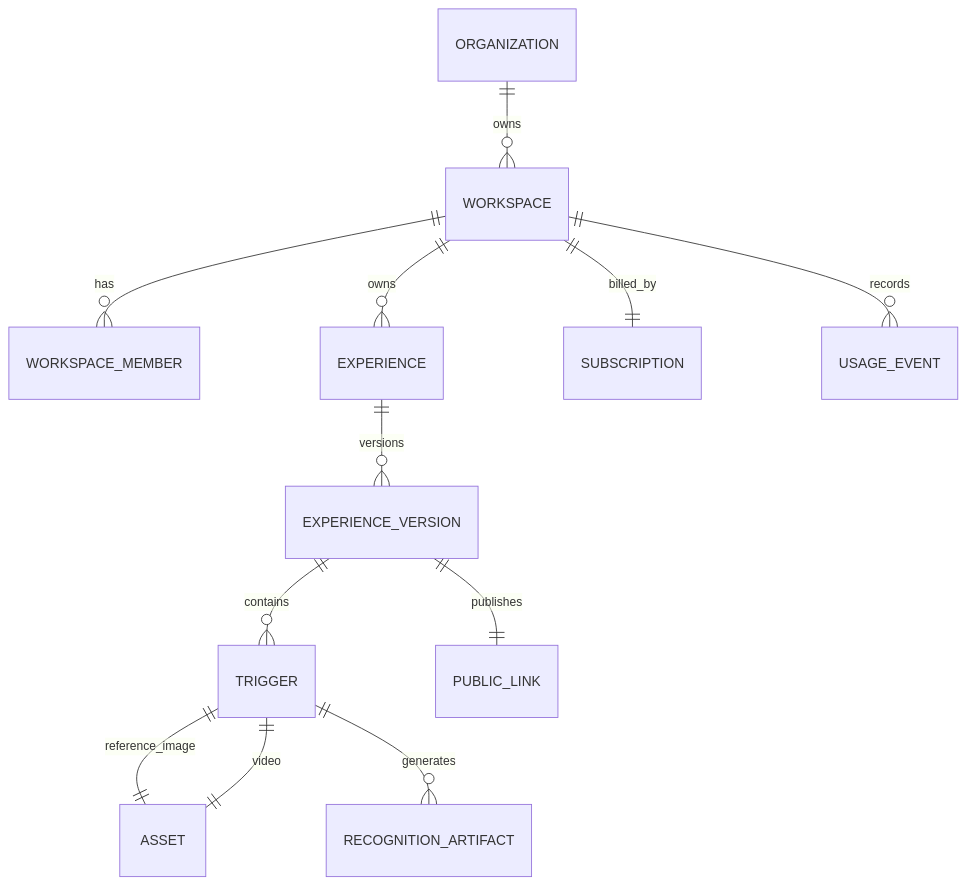
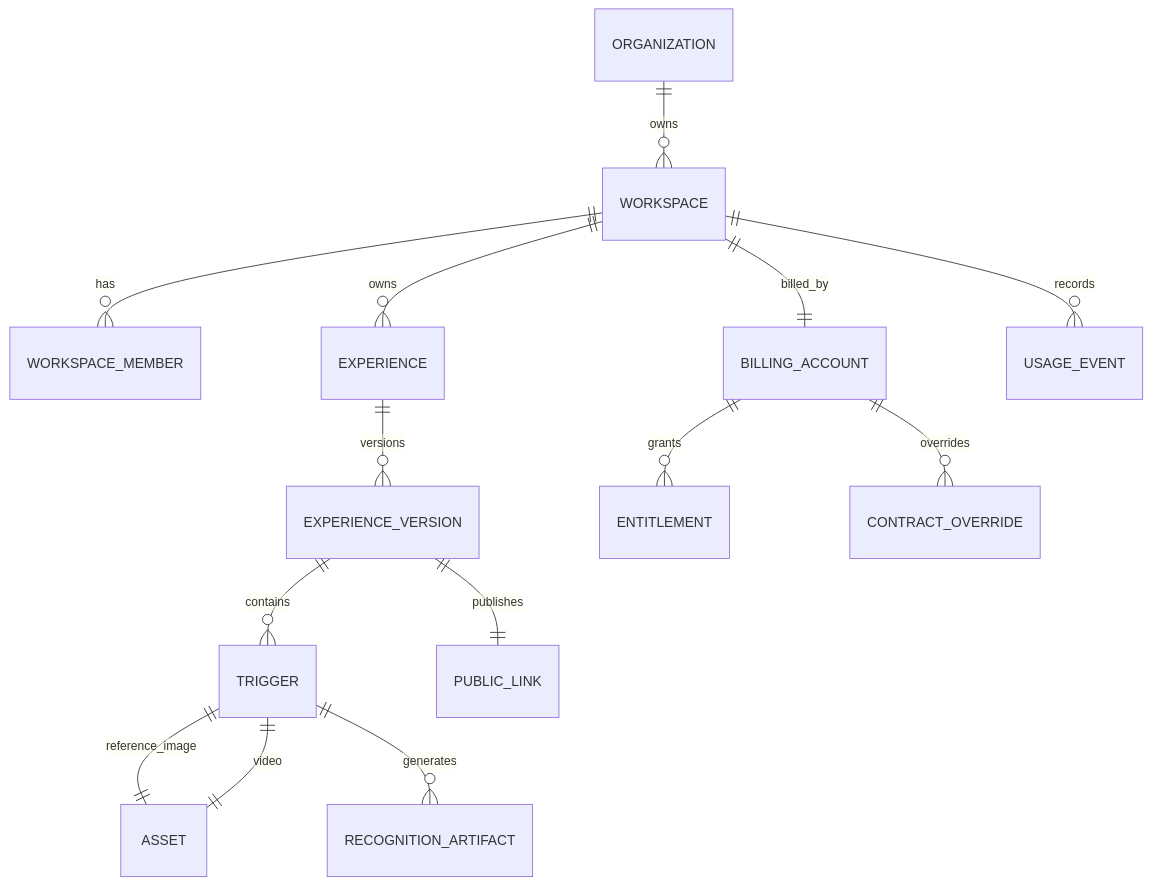
Before and after one commit to MPRO9projects/ScanStory-Production: the diagram in release-1-specification/24-data-model-proposal.md, drawn with Mermaid. The commit also changed other lines of this file and 31 other files, not shown here.

````diff
--- a/release-1-specification/24-data-model-proposal.md
+++ b/release-1-specification/24-data-model-proposal.md
@@ -11,14 +11,16 @@
 ```mermaid
 erDiagram
   ORGANIZATION ||--o{ WORKSPACE : owns
   WORKSPACE ||--o{ WORKSPACE_MEMBER : has
   WORKSPACE ||--o{ EXPERIENCE : owns
   EXPERIENCE ||--o{ EXPERIENCE_VERSION : versions
   EXPERIENCE_VERSION ||--o{ TRIGGER : contains
   TRIGGER ||--|| ASSET : reference_image
   TRIGGER ||--|| ASSET : video
   TRIGGER ||--o{ RECOGNITION_ARTIFACT : generates
   EXPERIENCE_VERSION ||--|| PUBLIC_LINK : publishes
-  WORKSPACE ||--|| SUBSCRIPTION : billed_by
+  WORKSPACE ||--|| BILLING_ACCOUNT : billed_by
+  BILLING_ACCOUNT ||--o{ ENTITLEMENT : grants
+  BILLING_ACCOUNT ||--o{ CONTRACT_OVERRIDE : overrides
   WORKSPACE ||--o{ USAGE_EVENT : records
 ```
````
